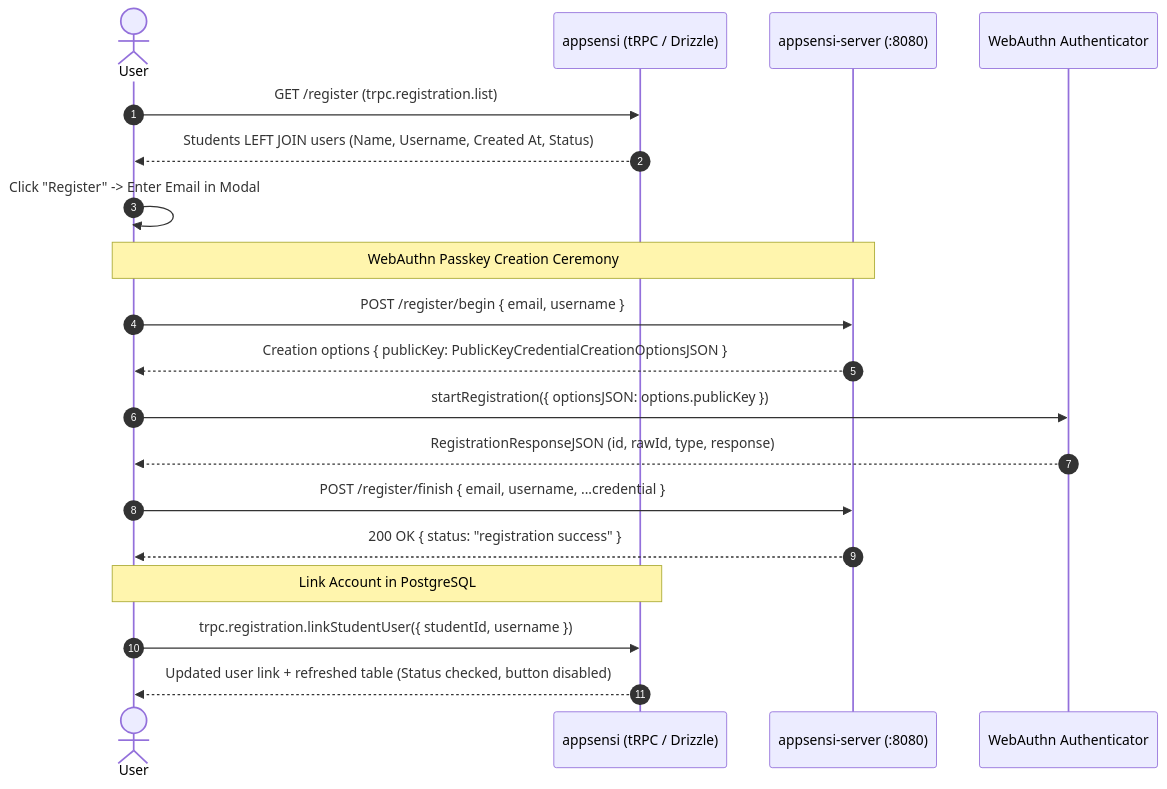
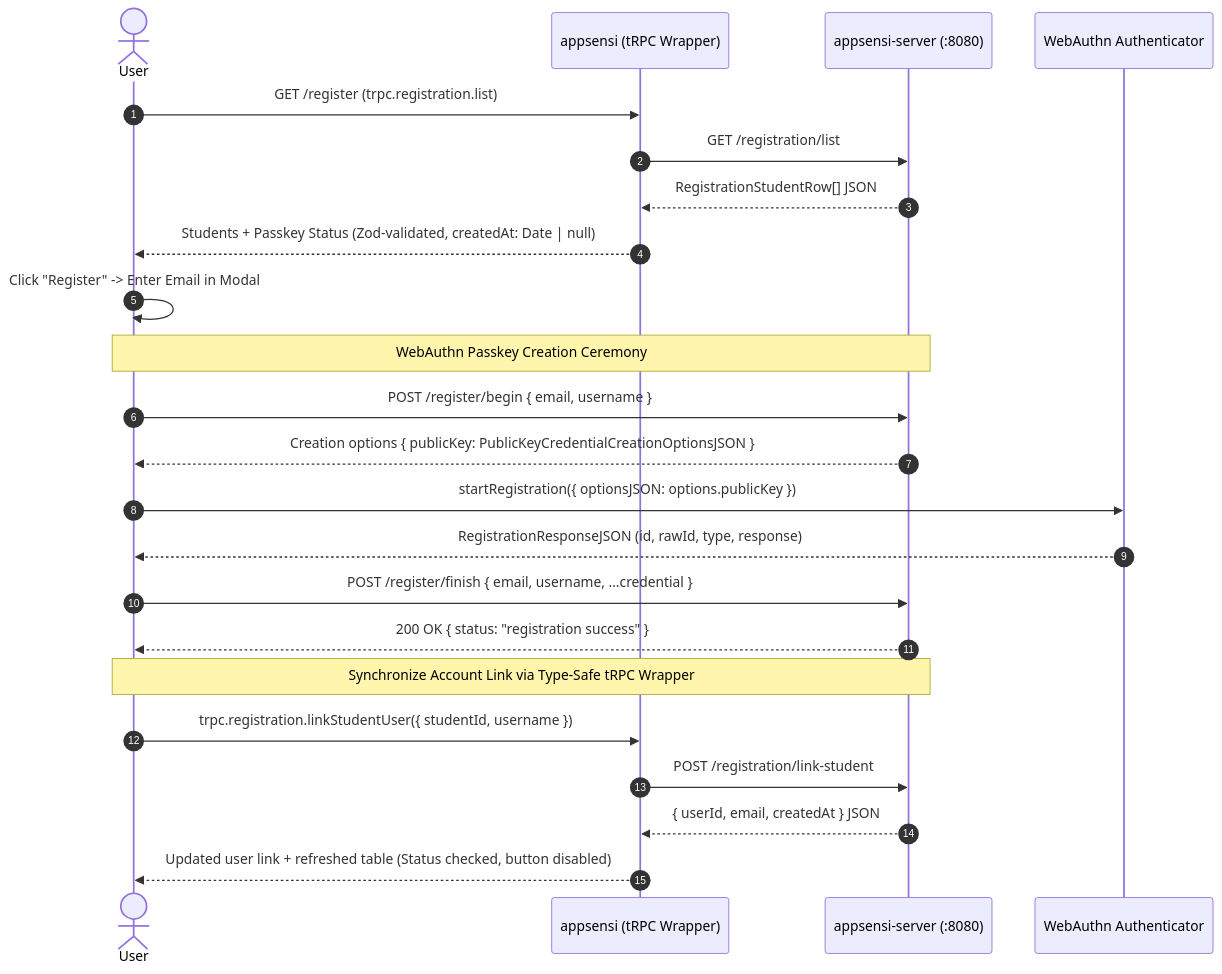
The diagram in docs/Flow_Diagram_Register.md (hapnan/appsensi), drawn with Mermaid before and after one commit. The commit also changed other lines of this file and 7 other files, not shown here.

Commit message:
docs: update documentation for API, architecture, and flow diagrams; enhance clarity and accuracy feat: add test script to package.json for unit and integration testing

````diff
--- a/docs/Flow_Diagram_Register.md
+++ b/docs/Flow_Diagram_Register.md
@@ -11,31 +11,35 @@
 ```mermaid
 sequenceDiagram
     autonumber
     actor U as User
-    participant App as appsensi (tRPC / Drizzle)
+    participant App as appsensi (tRPC Wrapper)
     participant Gin as appsensi-server (:8080)
     participant Auth as WebAuthn Authenticator
 
     %% Step 1: Load Student Roster
     U->>App: GET /register (trpc.registration.list)
-    App-->>U: Students LEFT JOIN users (Name, Username, Created At, Status)
+    App->>Gin: GET /registration/list
+    Gin-->>App: RegistrationStudentRow[] JSON
+    App-->>U: Students + Passkey Status (Zod-validated, createdAt: Date | null)
 
     %% Step 2: User Action
     U->>U: Click "Register" -> Enter Email in Modal
 
     %% Step 3: WebAuthn Creation Ceremony
     Note over U,Gin: WebAuthn Passkey Creation Ceremony
     U->>Gin: POST /register/begin { email, username }
     Gin-->>U: Creation options { publicKey: PublicKeyCredentialCreationOptionsJSON }
 
     U->>Auth: startRegistration({ optionsJSON: options.publicKey })
     Auth-->>U: RegistrationResponseJSON (id, rawId, type, response)
 
     U->>Gin: POST /register/finish { email, username, ...credential }
     Gin-->>U: 200 OK { status: "registration success" }
 
     %% Step 4: Link Student to User Account
-    Note over U,App: Link Account in PostgreSQL
+    Note over U,Gin: Synchronize Account Link via Type-Safe tRPC Wrapper
     U->>App: trpc.registration.linkStudentUser({ studentId, username })
+    App->>Gin: POST /registration/link-student
+    Gin-->>App: { userId, email, createdAt } JSON
     App-->>U: Updated user link + refreshed table (Status checked, button disabled)
 ```
````
